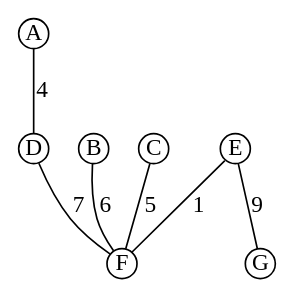
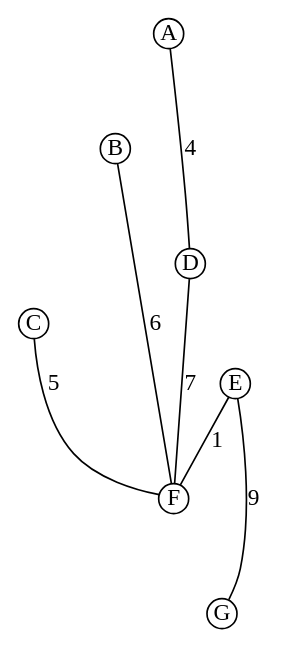
The diagram in graph/Final2.dot (microtherion/FD1_HS13_U1_GKMN), drawn with Graphviz before and after one commit. The commit also changed 2 other files, not shown here.

```diff
--- a/graph/Final2.dot
+++ b/graph/Final2.dot
@@ -1,9 +1,14 @@
 graph Demo {
       node [height=0.25,width=0.25,fixedsize=true]
+      A -- B [label="8", style="invis"]
       A -- D [label="4"]
+      B -- C [label="8", style="invis"]
+      B -- D [label="12", style="invis"]
       B -- F [label="6"]
       C -- F [label="5"]
+      D -- E [label="15", style="invis"]
       D -- F [label="7"]
       E -- G [label="9"]
       E -- F [label="1"]
+      F -- G [label="11", style="invis"]
 }
```
